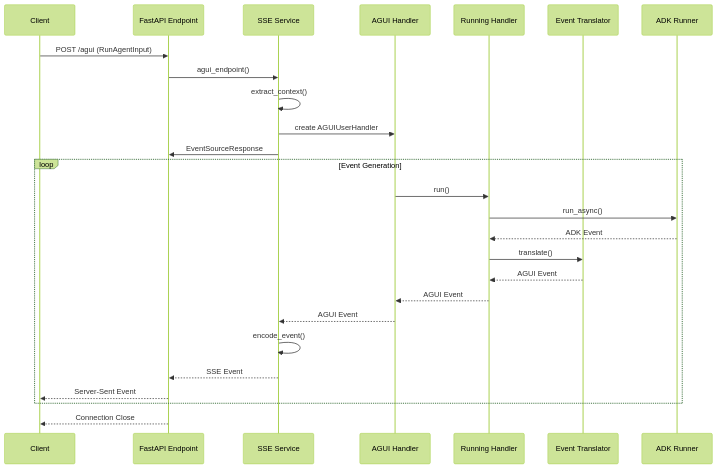
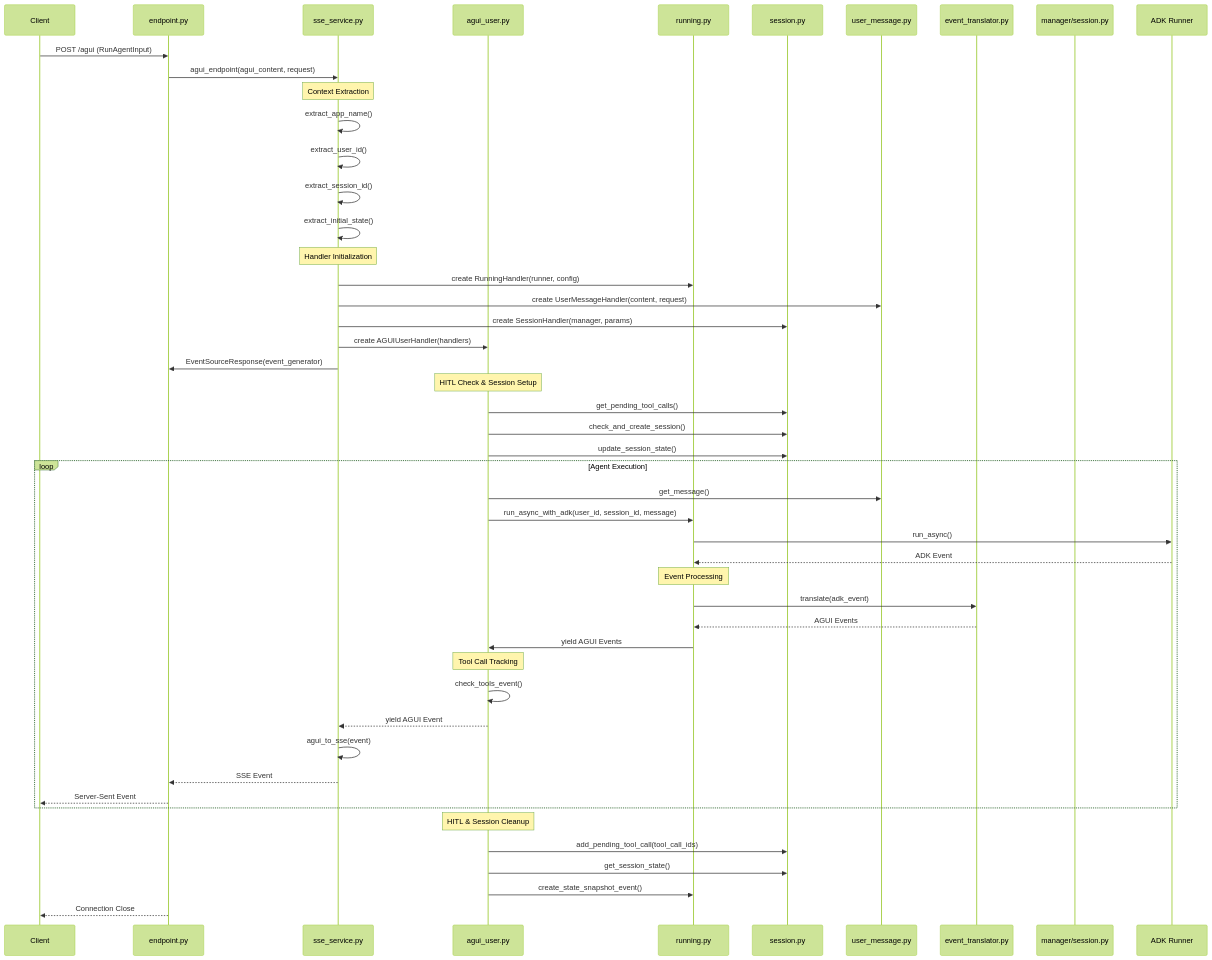
Before and after one commit to trendmicro/adk-agui-middleware: the second of 2 diagrams in README.md, drawn with Mermaid (forest theme). The commit also changed other lines of this file, not shown here.

Commit message:
feat: Enhance README with advanced HITL implementation details and configuration examples

````diff
--- a/README.md
+++ b/README.md
@@ -189,31 +340,61 @@
 ```mermaid
 sequenceDiagram
     participant C as Client
-    participant E as FastAPI Endpoint
-    participant S as SSE Service
-    participant H as AGUI Handler
-    participant R as Running Handler
-    participant T as Event Translator
+    participant E as endpoint.py
+    participant S as sse_service.py
+    participant AGH as agui_user.py
+    participant RH as running.py
+    participant SH as session.py
+    participant UMH as user_message.py
+    participant ET as event_translator.py
+    participant SM as manager/session.py
     participant A as ADK Runner
     
     C->>E: POST /agui (RunAgentInput)
-    E->>S: agui_endpoint()
-    S->>S: extract_context()
-    S->>H: create AGUIUserHandler
-    S->>E: EventSourceResponse
+    E->>S: agui_endpoint(agui_content, request)
     
-    loop Event Generation
-        H->>R: run()
-        R->>A: run_async()
-        A-->>R: ADK Event
-        R->>T: translate()
-        T-->>R: AGUI Event
-        R-->>H: AGUI Event
-        H-->>S: AGUI Event
-        S->>S: encode_event()
+    Note over S: Context Extraction
+    S->>S: extract_app_name()
+    S->>S: extract_user_id()
+    S->>S: extract_session_id()
+    S->>S: extract_initial_state()
+    
+    Note over S: Handler Initialization
+    S->>RH: create RunningHandler(runner, config)
+    S->>UMH: create UserMessageHandler(content, request)
+    S->>SH: create SessionHandler(manager, params)
+    S->>AGH: create AGUIUserHandler(handlers)
+    
+    S->>E: EventSourceResponse(event_generator)
+    
+    Note over AGH: HITL Check & Session Setup
+    AGH->>SH: get_pending_tool_calls()
+    AGH->>SH: check_and_create_session()
+    AGH->>SH: update_session_state()
+    
+    loop Agent Execution
+        AGH->>UMH: get_message()
+        AGH->>RH: run_async_with_adk(user_id, session_id, message)
+        RH->>A: run_async()
+        A-->>RH: ADK Event
+        
+        Note over RH: Event Processing
+        RH->>ET: translate(adk_event)
+        ET-->>RH: AGUI Events
+        RH->>AGH: yield AGUI Events
+        
+        Note over AGH: Tool Call Tracking
+        AGH->>AGH: check_tools_event()
+        AGH-->>S: yield AGUI Event
+        S->>S: agui_to_sse(event)
         S-->>E: SSE Event
         E-->>C: Server-Sent Event
     end
     
+    Note over AGH: HITL & Session Cleanup
+    AGH->>SH: add_pending_tool_call(tool_call_ids)
+    AGH->>SH: get_session_state()
+    AGH->>RH: create_state_snapshot_event()
+    
     E-->>C: Connection Close
 ```
````
